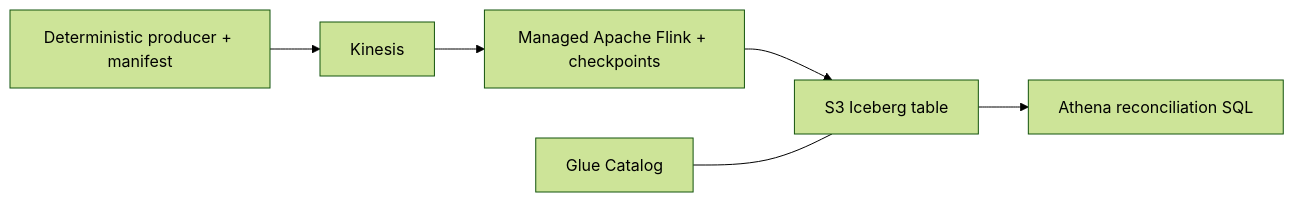
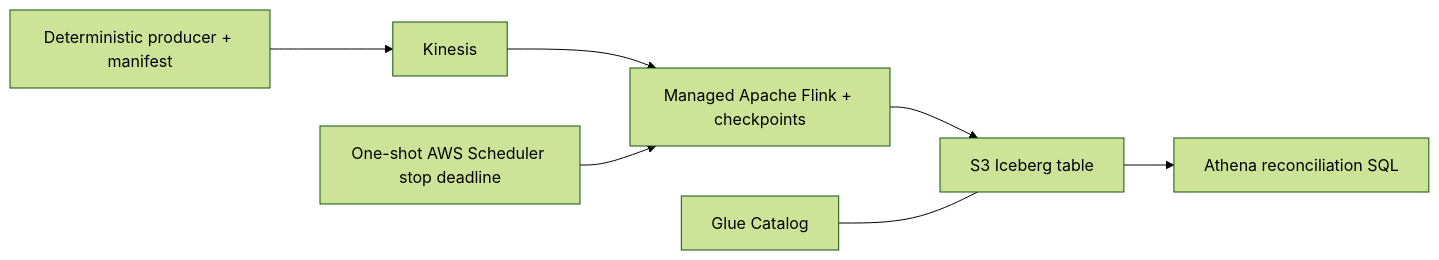
One commit to RorschachLin123/aws-clickstream-platform changed the second of 2 diagrams in docs/architecture.md. Above: the diagram before and after it, drawn with Mermaid (forest theme). The commit also changed other lines of this file and 8 other files, not shown here.

````diff
--- a/docs/architecture.md
+++ b/docs/architecture.md
@@ -27,8 +27,9 @@
 ```mermaid
 flowchart LR
   P[Deterministic producer + manifest] --> K[Kinesis]
   K --> F[Managed Apache Flink + checkpoints]
   F --> I[S3 Iceberg table]
   G[Glue Catalog] --- I
   I --> A[Athena reconciliation SQL]
+  S[One-shot AWS Scheduler stop deadline] --> F
 ```
````
